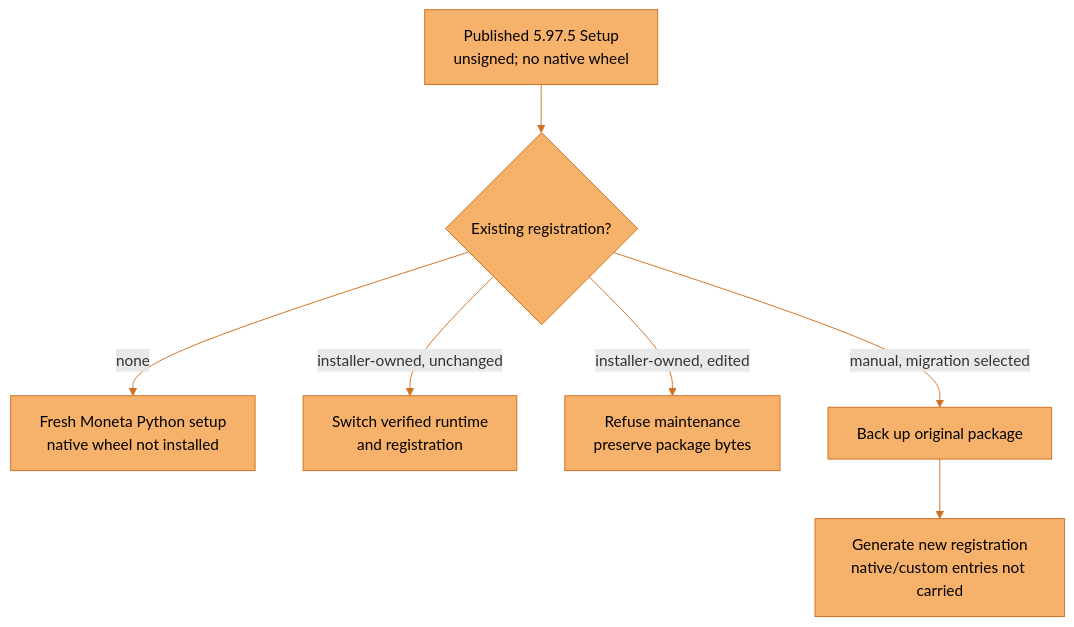
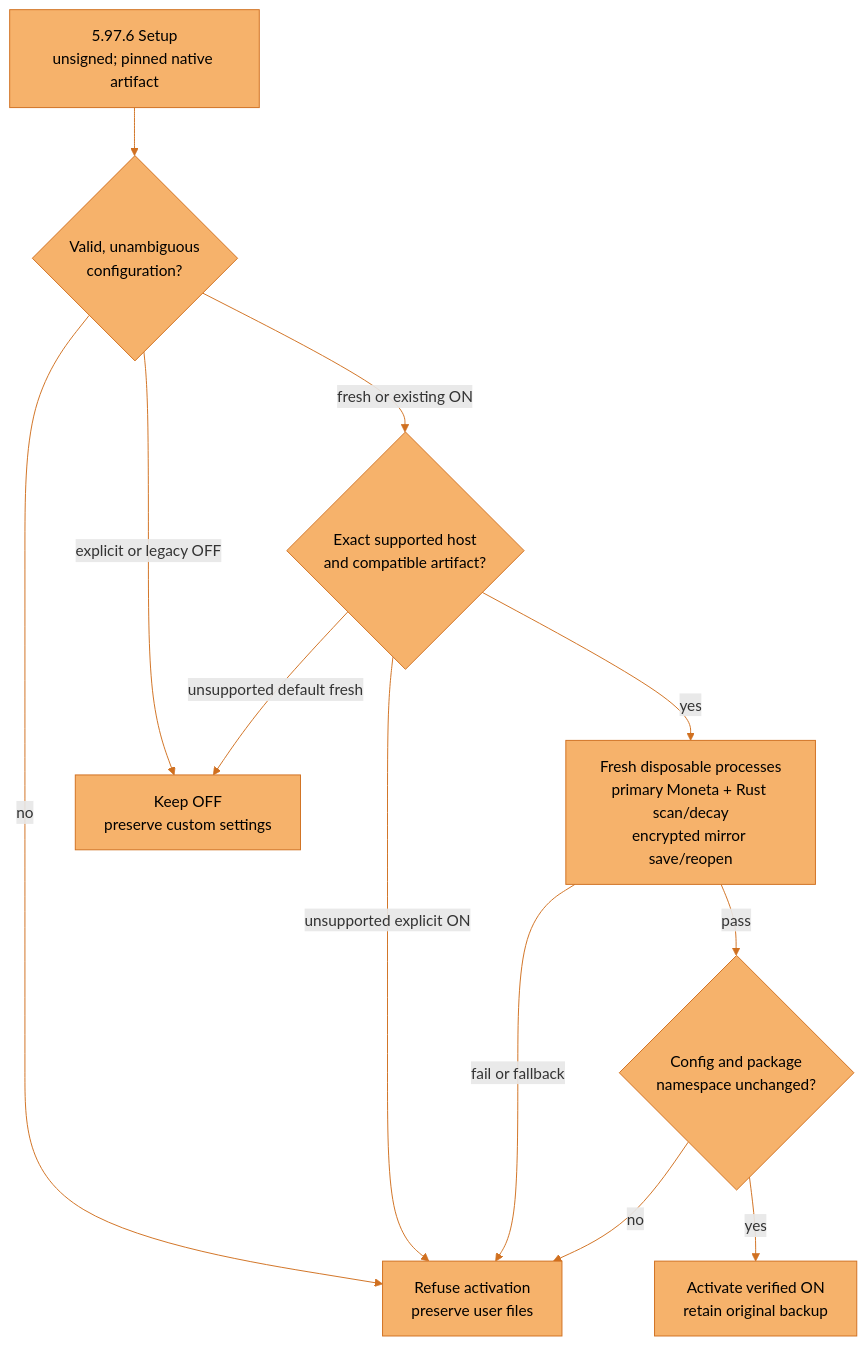
One commit to JosephOIbrahim/Synapse changed the first of 11 diagrams in docs/architecture/overview.md. Above: the diagram before and after it, drawn with Mermaid. The commit also changed other lines of this file and 16 other files, not shown here.

Commit message:
release: v5.97.6 native-qualified installer correction

````diff
--- a/docs/architecture/overview.md
+++ b/docs/architecture/overview.md
@@ -12,13 +12,18 @@
 ```mermaid
 flowchart TD
-    accTitle: Published 5.97.5 installation and existing settings
-    accDescr: Fresh Setup installs Moneta Python without a native Rust wheel. Maintenance of an edited installer-owned registration stops and preserves its bytes. Migration from a manual installation backs up the original package but writes a new registration without its native or custom environment settings. A future correction is not included in this published installer.
-    S["Published 5.97.5 Setup<br/>unsigned; no native wheel"] --> K{"Existing registration?"}
-    K -->|"none"| F["Fresh Moneta Python setup<br/>native wheel not installed"]
-    K -->|"installer-owned, unchanged"| U["Switch verified runtime<br/>and registration"]
-    K -->|"installer-owned, edited"| B["Refuse maintenance<br/>preserve package bytes"]
-    K -->|"manual, migration selected"| M["Back up original package"]
-    M --> N["Generate new registration<br/>native/custom entries not carried"]
+    accTitle: Native activation preserves choices and requires real execution
+    accDescr: Setup validates and snapshots the configuration. Explicit OFF and legacy default OFF stay OFF. Fresh supported hosts and existing ON setups need a pinned compatible artifact and actual disposable Moneta scan, decay and encrypted mirror reopen. Failure preserves registration. Configuration or namespace edits refuse activation. Default fresh hosts without explicit ON stay OFF when unsupported; explicit ON refuses when qualification is unavailable.
+    S["5.97.6 Setup<br/>unsigned; pinned native artifact"] --> V{"Valid, unambiguous<br/>configuration?"}
+    V -->|"no"| B["Refuse activation<br/>preserve user files"]
+    V -->|"explicit or legacy OFF"| O["Keep OFF<br/>preserve custom settings"]
+    V -->|"fresh or existing ON"| H{"Exact supported host<br/>and compatible artifact?"}
+    H -->|"unsupported default fresh"| O
+    H -->|"unsupported explicit ON"| B
+    H -->|"yes"| E["Fresh disposable processes<br/>primary Moneta + Rust scan/decay<br/>encrypted mirror save/reopen"]
+    E -->|"fail or fallback"| B
+    E -->|"pass"| C{"Config and package<br/>namespace unchanged?"}
+    C -->|"no"| B
+    C -->|"yes"| A["Activate verified ON<br/>retain original backup"]
     classDef default fill:#F6B26B,stroke:#D07020,color:#000000
-    linkStyle default stroke:#D07020
+    linkStyle default stroke:#D07020,fill:none
 ```
````
